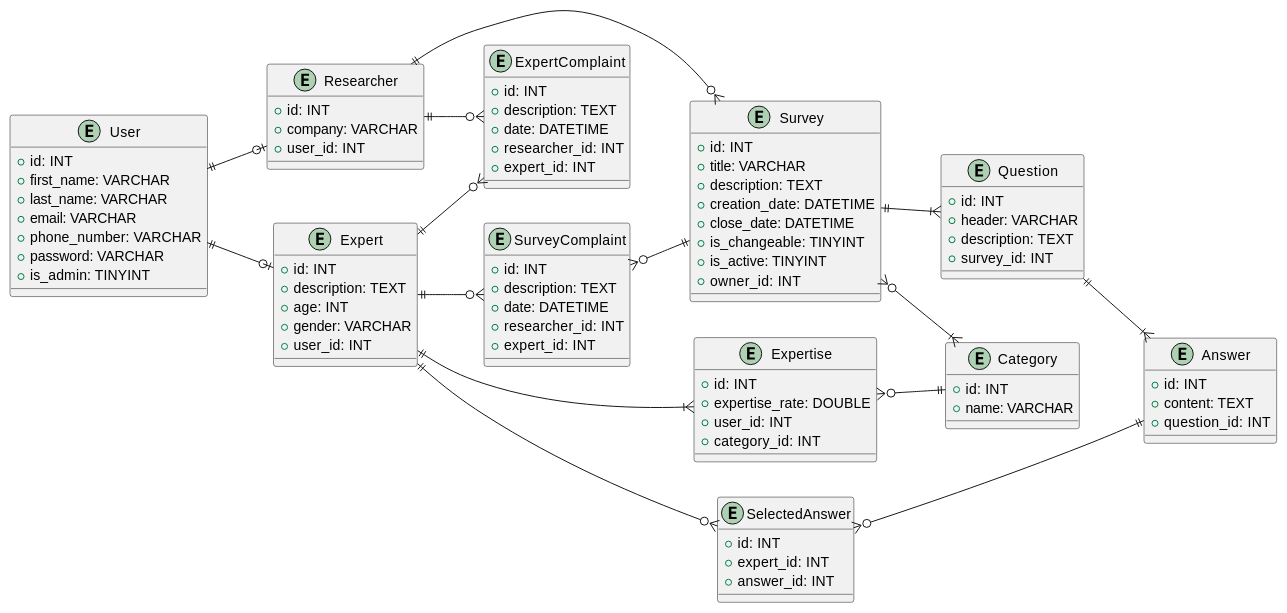
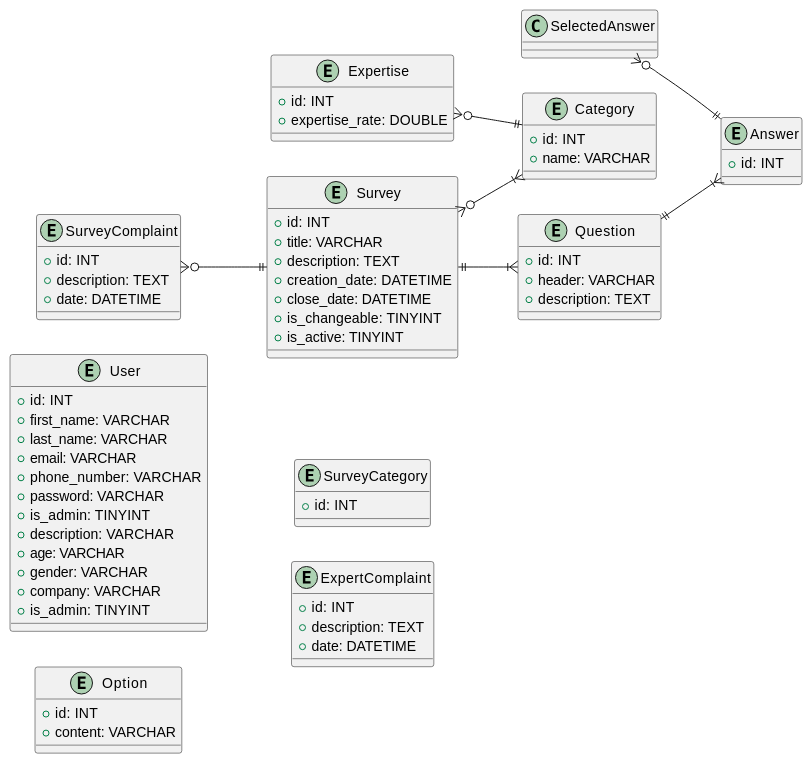
Before and after one commit to generalmaks/db_labs: the second of 2 diagrams in docs/design.md, drawn with PlantUML.

Commit message:
add new models

```diff
--- a/docs/design.md
+++ b/docs/design.md
@@ -151,42 +151,14 @@
     + phone_number: VARCHAR
     + password: VARCHAR 
     + is_admin: TINYINT
+    + description: VARCHAR
+    + age: VARCHAR
+    + gender: VARCHAR
+    + company: VARCHAR
+    + is_admin: TINYINT 
   }
   
-  
-  entity "Researcher" {
-    + id: INT 
-    + company: VARCHAR
-    + user_id: INT
-    
-  }
-  
-  entity "Expert" {
-    + id: INT
-    + description: TEXT
-    + age: INT 
-    + gender: VARCHAR
-    + user_id: INT
-  }
-  
-  
-   entity "ExpertComplaint" {
-    + id: INT
-    + description: TEXT
-    + date: DATETIME
-    + researcher_id: INT
-    + expert_id: INT   
-  }
-  
-  entity "SurveyComplaint" {
-    + id: INT
-    + description: TEXT
-    + date: DATETIME
-    + researcher_id: INT
-    + expert_id: INT    
-  }
-  
-   entity "Survey" {
+     entity "Survey" {
     + id: INT
     + title: VARCHAR
     + description: TEXT 
@@ -194,52 +166,56 @@
     + close_date: DATETIME
     + is_changeable: TINYINT
     + is_active: TINYINT
-    + owner_id: INT
   }
-
-   entity "Question" {
+  
+     entity "Question" {
     + id: INT
     + header: VARCHAR 
     + description: TEXT
-    + survey_id: INT
+  }
+
+   entity "Option" {
+    + id: INT
+    + content: VARCHAR    
   }
   
-  entity "Answer" {
-    + id: INT 
-    + content: TEXT
-    + question_id: INT
-    
+    entity "Answer" {
+    + id: INT  
   }
   
-  entity "Category" {
+    entity "SurveyComplaint" {
+    + id: INT
+    + description: TEXT
+    + date: DATETIME
+  }
+  
+    entity "SurveyCategory"{
+    + id: INT
+    }
+  
+    entity "ExpertComplaint" {
+    + id: INT
+    + description: TEXT
+    + date: DATETIME
+  }
+  
+  
+   entity "Expertise" {
+    + id: INT 
+    + expertise_rate: DOUBLE
+  }
+  
+  
+   entity "Category" {
     + id: INT
     + name: VARCHAR 
   }
 
-   entity "Expertise" {
-    + id: INT 
-    + expertise_rate: DOUBLE
-    + user_id: INT
-    + category_id: INT
-  }
   
-  entity "SelectedAnswer" {
-    + id: INT 
-    + expert_id: INT
-    + answer_id: INT
-  }
-    
-  
-  "User" ||--o| "Researcher"
-  "User" ||--o| "Expert"
+
    
-  "Researcher" ||--o{ "ExpertComplaint"
-  "Researcher" ||--o{ "Survey"
  
-  "Expert" ||--o{ "ExpertComplaint"
-  "Expert" ||--|{ "Expertise"
-  "Expert" ||--o{ "SelectedAnswer"
-  "Expert" ||--o{ "SurveyComplaint"
+
   
   "SurveyComplaint" }o--|| "Survey" 
   
```
